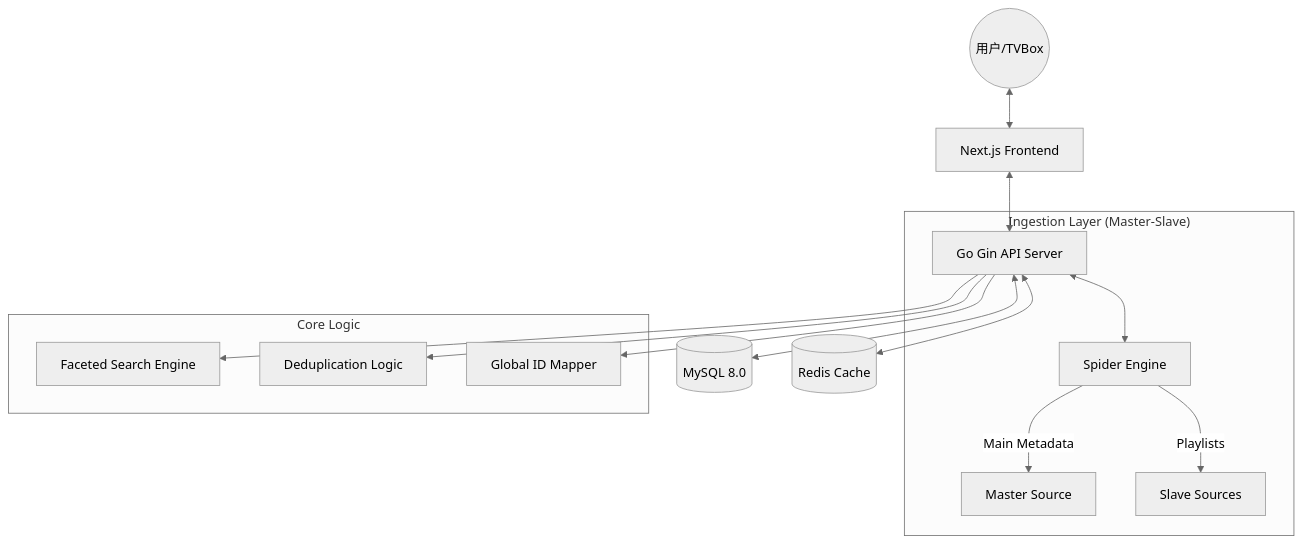
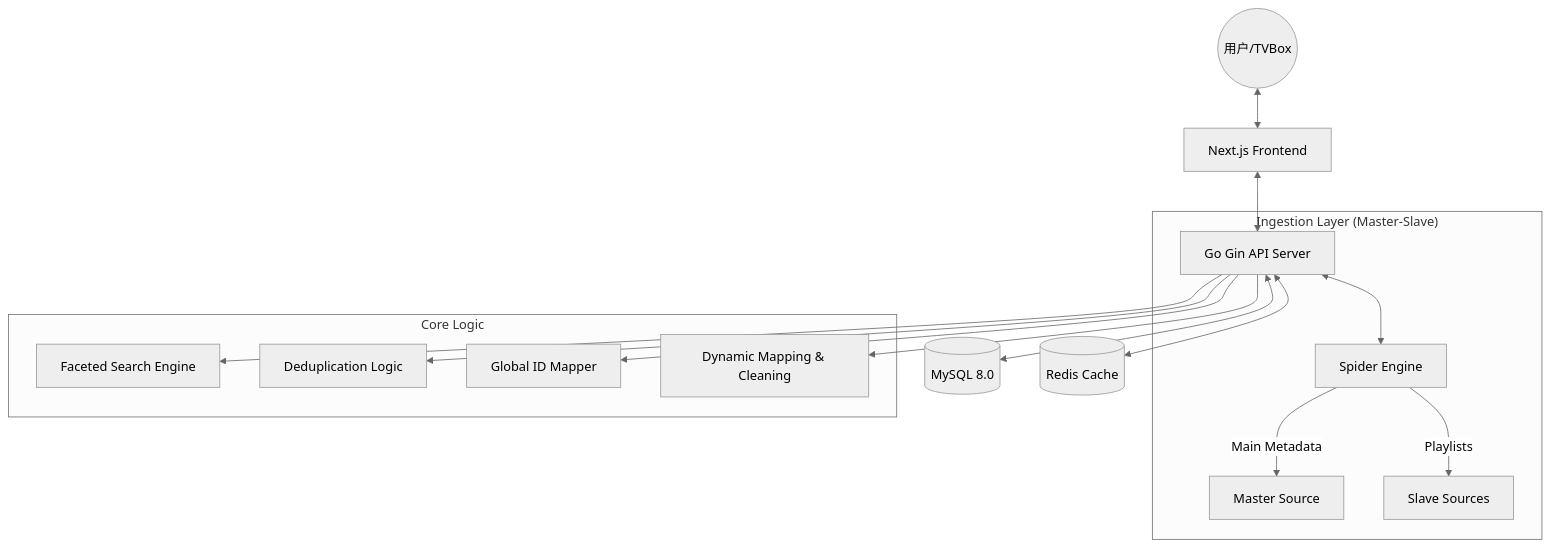
The diagram in README.md (fe-spark/Bracket-Film), drawn with Mermaid (neutral theme) before and after one commit. The commit also changed other lines of this file and 21 other files, not shown here.

````diff
--- a/README.md
+++ b/README.md
@@ -25,19 +25,20 @@
 ```mermaid
 graph TD
     User((用户/TVBox)) <--> Web[Next.js Frontend]
     Web <--> API[Go Gin API Server]
     API <--> MySQL[(MySQL 8.0)]
     API <--> Redis[(Redis Cache)]
     
     subgraph "Ingestion Layer (Master-Slave)"
         API <--> Spider[Spider Engine]
         Spider -- "Main Metadata" --> Master[Master Source]
         Spider -- "Playlists" --> Slave[Slave Sources]
     end
     
     subgraph "Core Logic"
         API --> Faceted[Faceted Search Engine]
         API --> Dedupe[Deduplication Logic]
         API --> Mapping[Global ID Mapper]
+        API --> Cleaning[Dynamic Mapping & Cleaning]
     end
 ```
````
